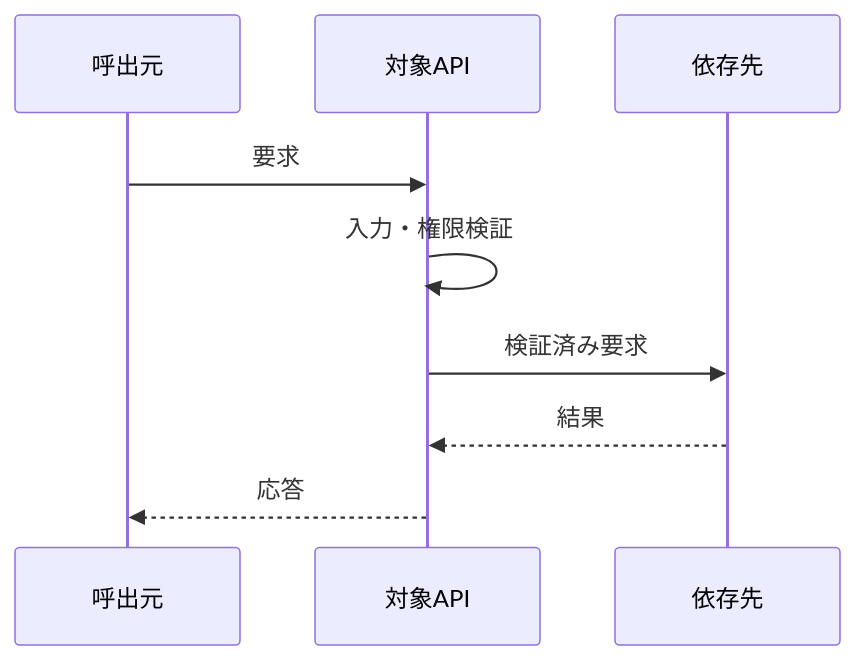
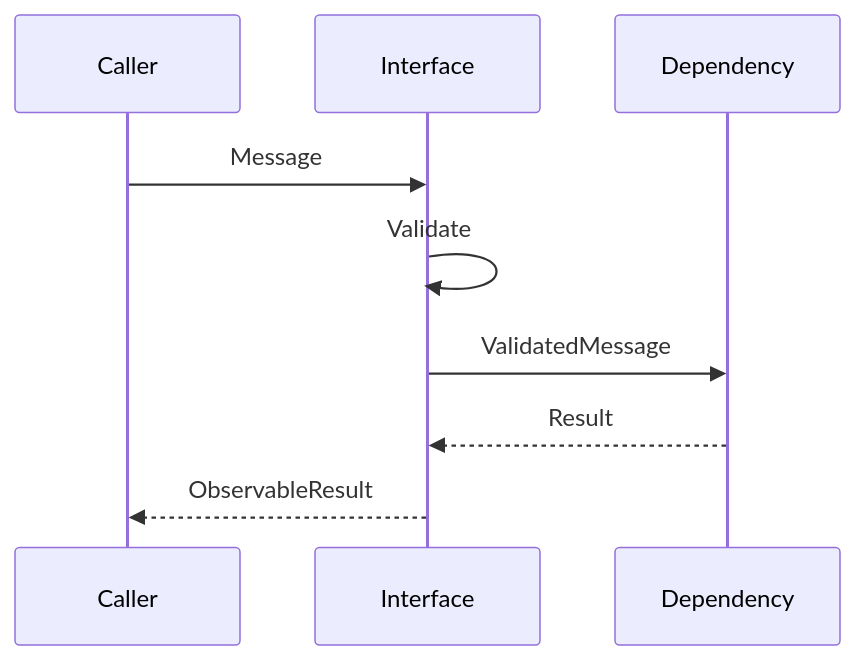
The diagram in .agent-skill-chain/templates/specs/06_外部インターフェース/02_個別APIテンプレート.md (techbeansjp-free/AGENTS.md), drawn with Mermaid before and after one commit. The commit also changed 88 other files, not shown here.

````diff
--- a/.agent-skill-chain/templates/specs/06_外部インターフェース/02_個別APIテンプレート.md
+++ b/.agent-skill-chain/templates/specs/06_外部インターフェース/02_個別APIテンプレート.md
@@ -18,11 +18,11 @@
 ```mermaid
 sequenceDiagram
-  participant Caller as 呼出元
-  participant API as 対象API
-  participant Dependency as 依存先
-  Caller->>API: 要求
-  API->>API: 入力・権限検証
-  API->>Dependency: 検証済み要求
-  Dependency-->>API: 結果
-  API-->>Caller: 応答
+  participant Caller
+  participant Interface
+  participant Dependency
+  Caller->>Interface: Message
+  Interface->>Interface: Validate
+  Interface->>Dependency: ValidatedMessage
+  Dependency-->>Interface: Result
+  Interface-->>Caller: ObservableResult
 ```
````
